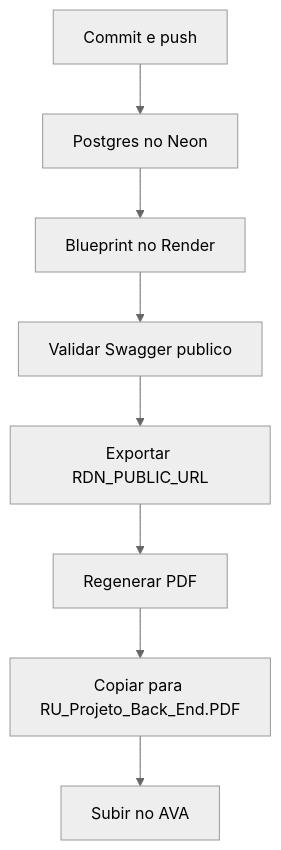
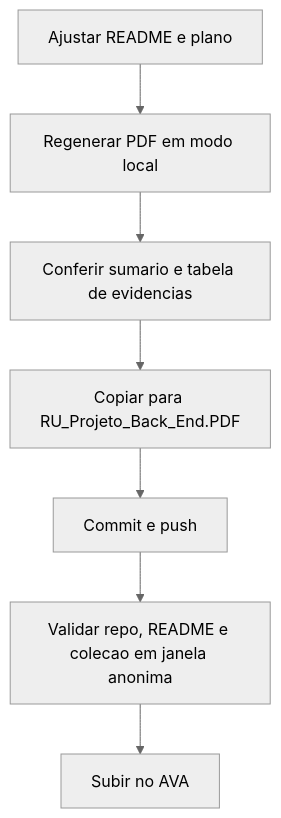
The diagram in plans/correcao-final-entrega.md (FxlipxDPaula/rdn-api), drawn with Mermaid (neutral theme) before and after one commit. The commit also changed other lines of this file and 4 other files, not shown here.

````diff
--- a/plans/correcao-final-entrega.md
+++ b/plans/correcao-final-entrega.md
@@ -31,10 +40,9 @@
 ```mermaid
 flowchart TD
-    A[Commit e push] --> B[Postgres no Neon]
-    B --> C[Blueprint no Render]
-    C --> D[Validar Swagger publico]
-    D --> E[Exportar RDN_PUBLIC_URL]
-    E --> F[Regenerar PDF]
-    F --> G[Copiar para RU_Projeto_Back_End.PDF]
-    G --> H[Subir no AVA]
+    A[Ajustar README e plano] --> B[Regenerar PDF em modo local]
+    B --> C[Conferir sumario e tabela de evidencias]
+    C --> D[Copiar para RU_Projeto_Back_End.PDF]
+    D --> E[Commit e push]
+    E --> F[Validar repo, README e colecao em janela anonima]
+    F --> G[Subir no AVA]
 ```
````
